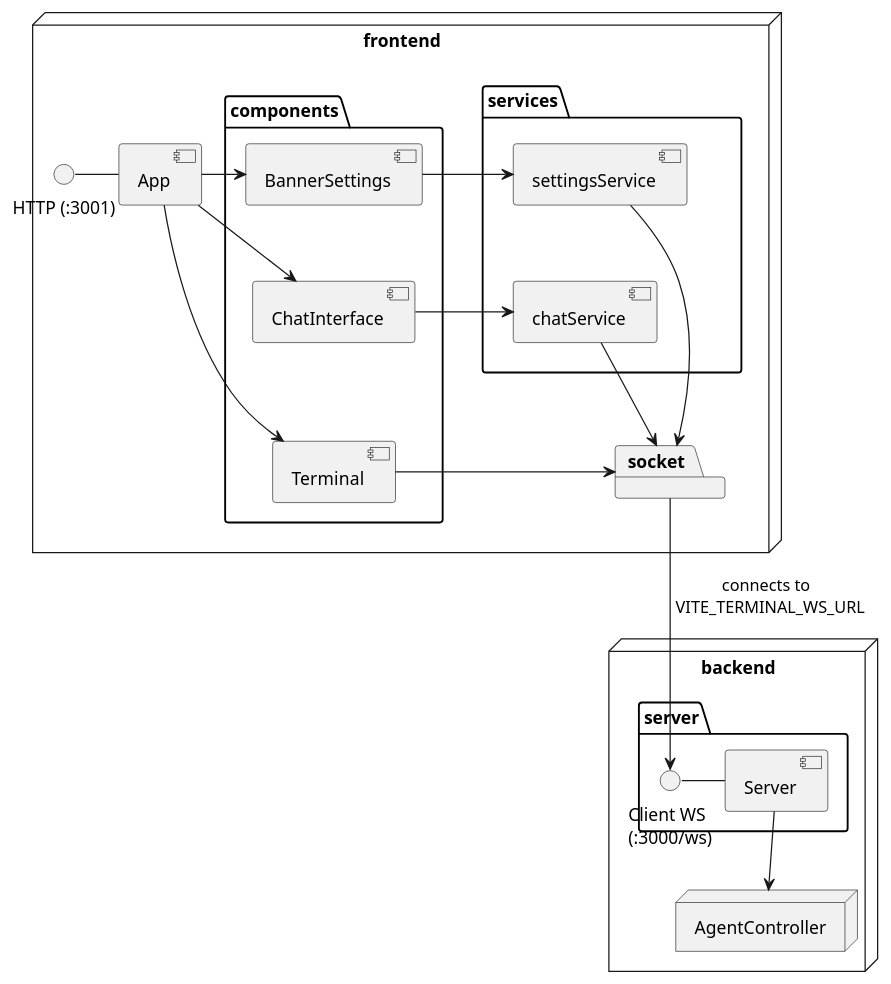
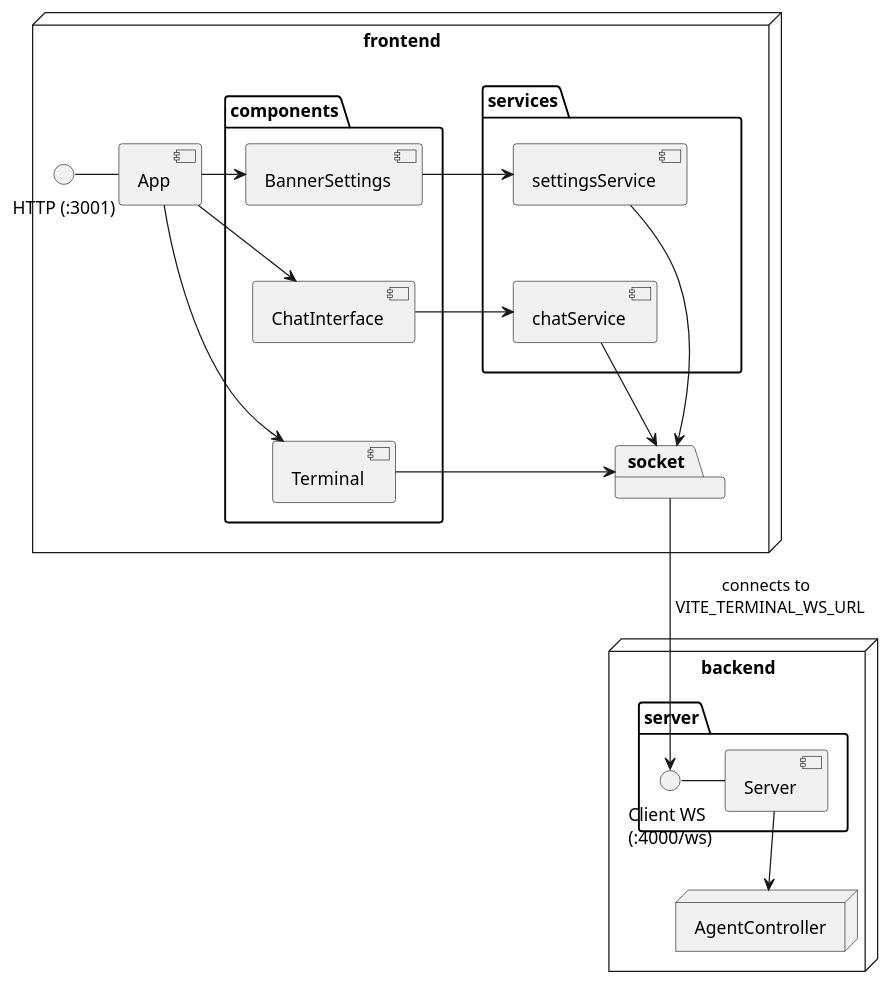
The diagram in docs/static/img/system_architecture.puml (dhinkle1/TheGhost), drawn with PlantUML before and after one commit. The commit also changed 57 other files, not shown here.

```diff
--- a/docs/static/img/system_architecture.puml
+++ b/docs/static/img/system_architecture.puml
@@ -1,67 +1,67 @@
 @startuml "System Architecture"
 
 
 node frontend as frontend{
 
     component App
 
     package components{
 
         component Terminal
 
         component ChatInterface
 
         component BannerSettings
 
     }
 
     package services{
         component chatService
 
         component settingsService
 
         chatService -[hidden]u-> settingsService
     }
 
     package socket
 
     App -> Terminal
     App -> ChatInterface
     App -> BannerSettings
     ChatInterface -> chatService
     BannerSettings -> settingsService
     Terminal -> socket
     chatService -d-> socket
     settingsService -d-> socket
     services -[hidden]d-> socket
 
     Terminal -[hidden]u-> ChatInterface
     ChatInterface -[hidden]u-> BannerSettings
 
 
 
     interface "HTTP (:3001)" as HTTP
     HTTP - App
 
 }
 
 node backend{
     package server as serverpackage{
         component Server
 
         'defined in server/server.py, port is defined at startup with uvicorn
-        interface "Client WS\n(:3000/ws)" as client_socket
+        interface "Client WS\n(:4000/ws)" as client_socket
         client_socket - Server
 
 
     }
     node AgentController{
 
     }
     Server -d-> AgentController
 }
 
 
 socket -d-> client_socket: connects to \n VITE_TERMINAL_WS_URL
 
 @enduml
```
